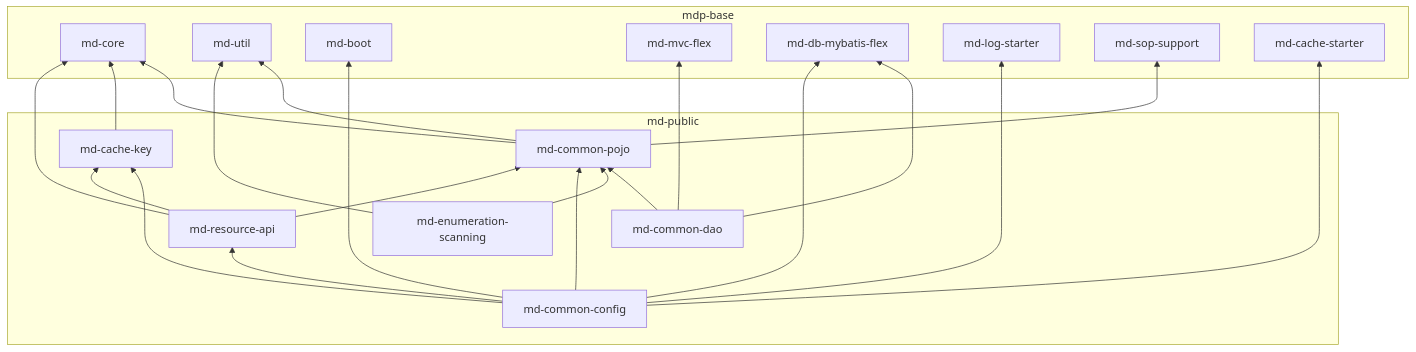
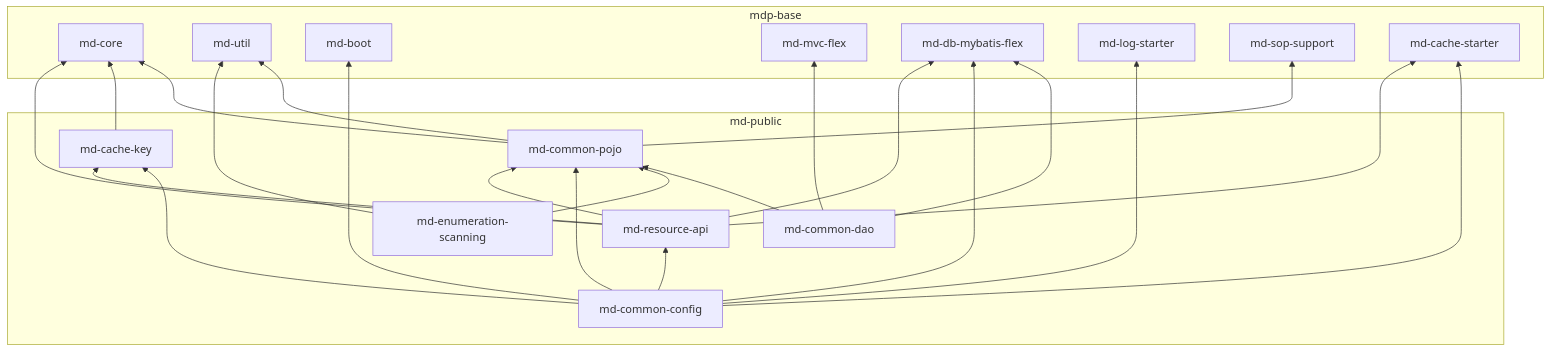
The diagram in src/doc/source/md-public/README.md (henhen6/mdp-docs), drawn with Mermaid before and after one commit. The commit also changed 29 other files, not shown here.

````diff
--- a/src/doc/source/md-public/README.md
+++ b/src/doc/source/md-public/README.md
@@ -35,41 +35,43 @@
 ```mermaid
 flowchart BT
     subgraph md-public
         pojo[md-common-pojo]
         dao[md-common-dao]
         config[md-common-config]
         ck[md-cache-key]
         enum[md-enumeration-scanning]
         rapi[md-resource-api]
     end
     subgraph mdp-base
         core[md-core]
         util[md-util]
         boot[md-boot]
         mvcflex[md-mvc-flex]
         dbflex[md-db-mybatis-flex]
         log[md-log-starter]
         sop[md-sop-support]
         cachestarter[md-cache-starter]
     end
 
     pojo --> core
     pojo --> util
     pojo --> sop
     dao --> pojo
     dao --> mvcflex
     dao --> dbflex
     ck --> core
     enum --> pojo
     enum --> util
     config --> pojo
     config --> ck
     config --> boot
     config --> log
     config --> dbflex
     config --> cachestarter
     config --> rapi
     rapi --> core
     rapi --> pojo
     rapi --> ck
+    rapi --> cachestarter
+    rapi --> dbflex
 ```
````
